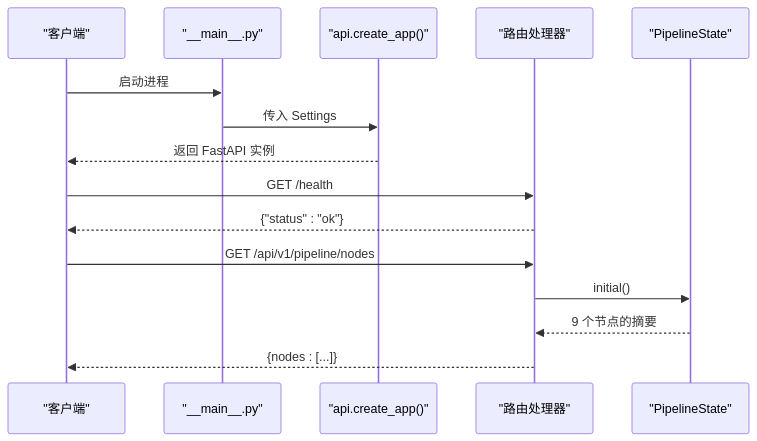
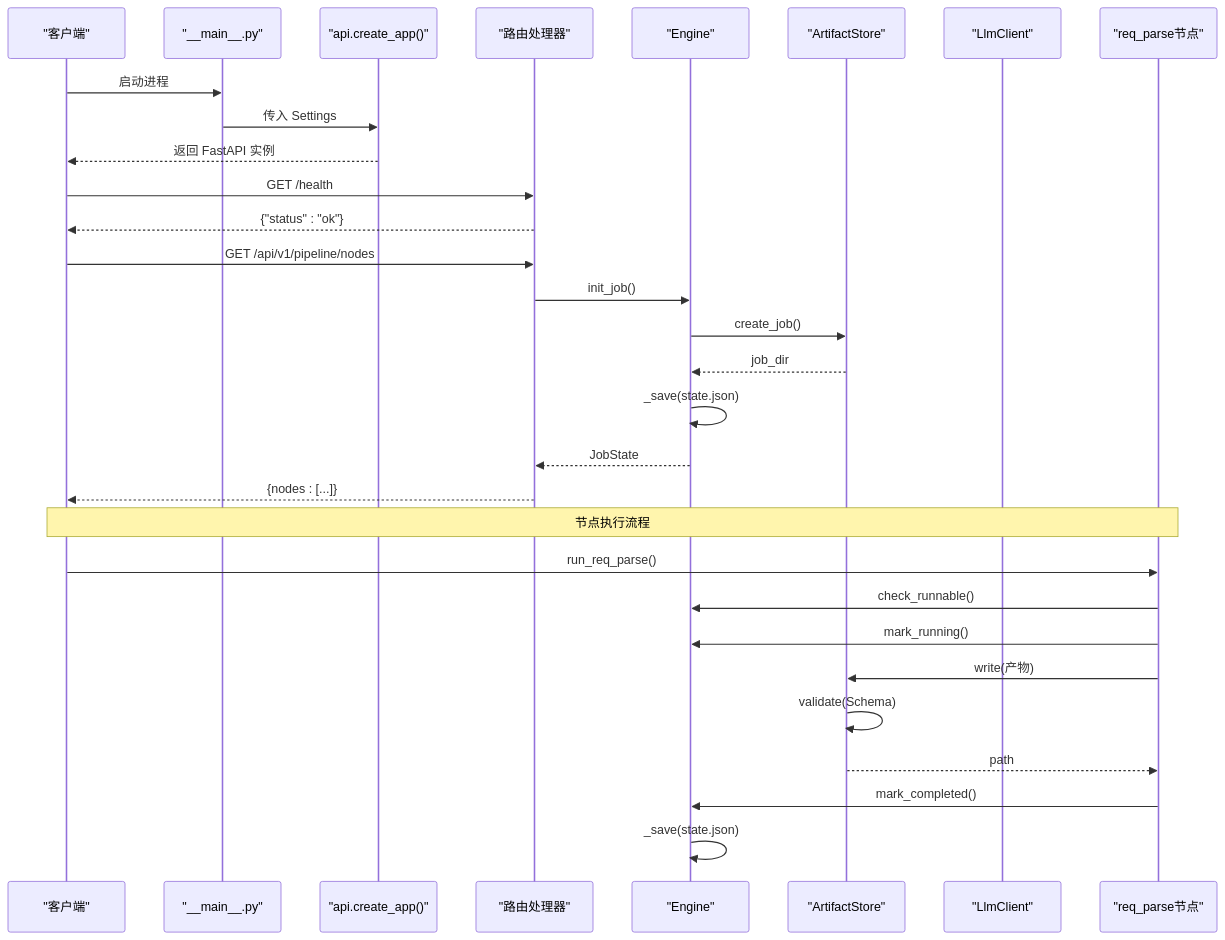
One commit to Joeyzheng001/LLM-AutoTest changed the second of 5 diagrams in .qoder/repowiki/zh/content/核心服务/编排器服务.md. Above: the diagram before and after it, drawn with Mermaid. The commit also changed other lines of this file and 41 other files, not shown here.

````diff
--- a/.qoder/repowiki/zh/content/核心服务/编排器服务.md
+++ b/.qoder/repowiki/zh/content/核心服务/编排器服务.md
@@ -89,17 +141,32 @@
 ```mermaid
 sequenceDiagram
 participant Client as "客户端"
 participant Main as "__main__.py"
 participant App as "api.create_app()"
 participant Router as "路由处理器"
-participant State as "PipelineState"
+participant Engine as "Engine"
+participant Store as "ArtifactStore"
+participant LLM as "LlmClient"
+participant Node as "req_parse节点"
 Client->>Main : 启动进程
 Main->>App : 传入 Settings
 App-->>Client : 返回 FastAPI 实例
 Client->>Router : GET /health
 Router-->>Client : {"status" : "ok"}
 Client->>Router : GET /api/v1/pipeline/nodes
-Router->>State : initial()
-State-->>Router : 9 个节点的摘要
+Router->>Engine : init_job()
+Engine->>Store : create_job()
+Store-->>Engine : job_dir
+Engine->>Engine : _save(state.json)
+Engine-->>Router : JobState
 Router-->>Client : {nodes : [...]}
+Note over Client,Node : 节点执行流程
+Client->>Node : run_req_parse()
+Node->>Engine : check_runnable()
+Node->>Engine : mark_running()
+Node->>Store : write(产物)
+Store->>Store : validate(Schema)
+Store-->>Node : path
+Node->>Engine : mark_completed()
+Engine->>Engine : _save(state.json)
 ```
````
